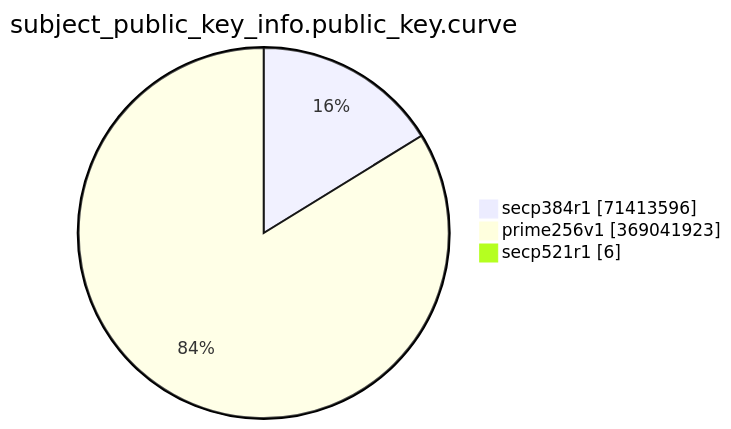
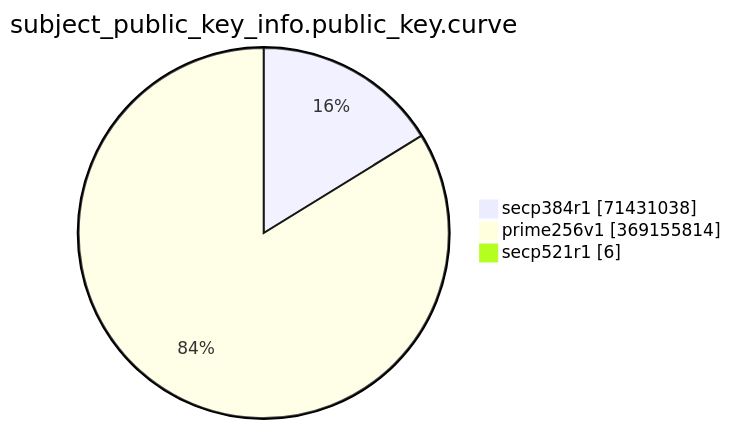
The eighth of 15 diagrams in TOTAL/README.md (christiankrug/ctmonitor_visualization), drawn with Mermaid before and after one commit. The commit also changed other lines of this file, not shown here.

````diff
--- a/TOTAL/README.md
+++ b/TOTAL/README.md
@@ -3092,7 +3092,7 @@
 ```mermaid
 pie showData
 title subject_public_key_info.public_key.curve
-"secp384r1" :71413596
-"prime256v1" :369041923
+"secp384r1" :71431038
+"prime256v1" :369155814
 "secp521r1" :6
 ```
````
